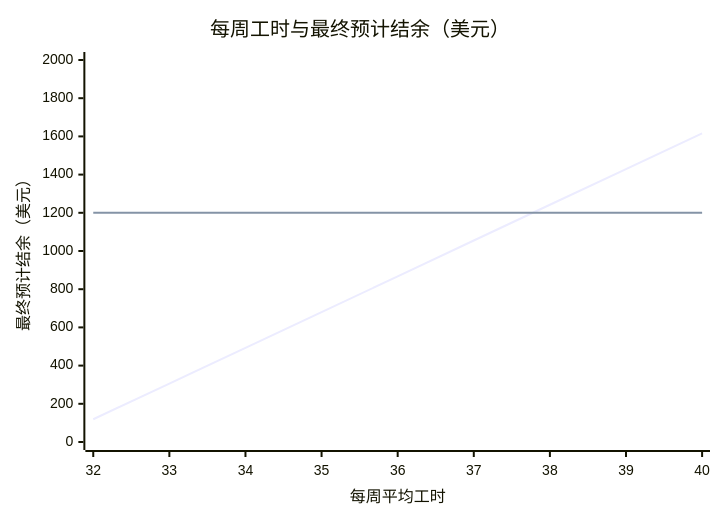
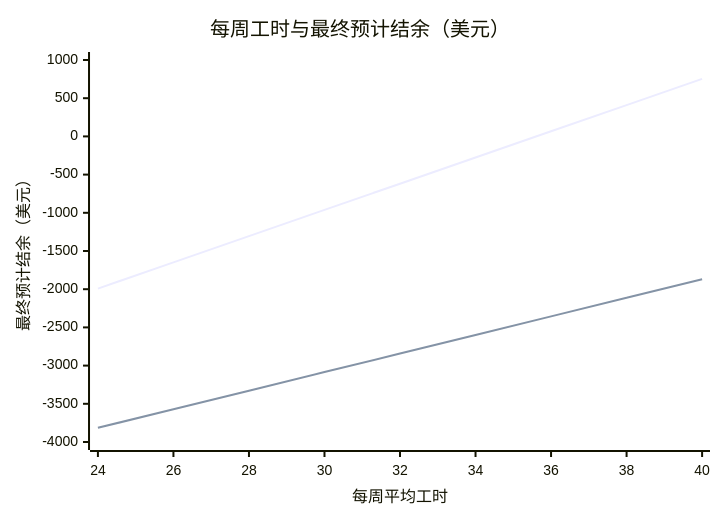
One commit to 0x-howard/howto-swt changed the diagram in skills/swt-position/references/position-example.md. Above: the diagram before and after it, drawn with Mermaid. The commit also changed other lines of this file and 1 other file, not shown here.

Commit message:
Replace position example with the approved Meredith outputs and the new ask flows

````diff
--- a/skills/swt-position/references/position-example.md
+++ b/skills/swt-position/references/position-example.md
@@ -104,8 +142,8 @@
 ```mermaid
 xychart-beta
     title "每周工时与最终预计结余（美元）"
-    x-axis "每周平均工时" [32, 33, 34, 35, 36, 37, 38, 39, 40]
-    y-axis "最终预计结余（美元）" 0 --> 2000
-    line [119, 306, 493, 680, 867, 1055, 1242, 1429, 1616]
-    line [1200, 1200, 1200, 1200, 1200, 1200, 1200, 1200, 1200]
+    x-axis "每周平均工时" [24, 26, 28, 30, 32, 34, 36, 38, 40]
+    y-axis "最终预计结余（美元）" -4000 --> 1000
+    line [-1992, -1649, -1305, -962, -619, -276, 67, 410, 753]
+    line [-3814, -3571, -3328, -3085, -2842, -2599, -2356, -2113, -1869]
 ```
````
